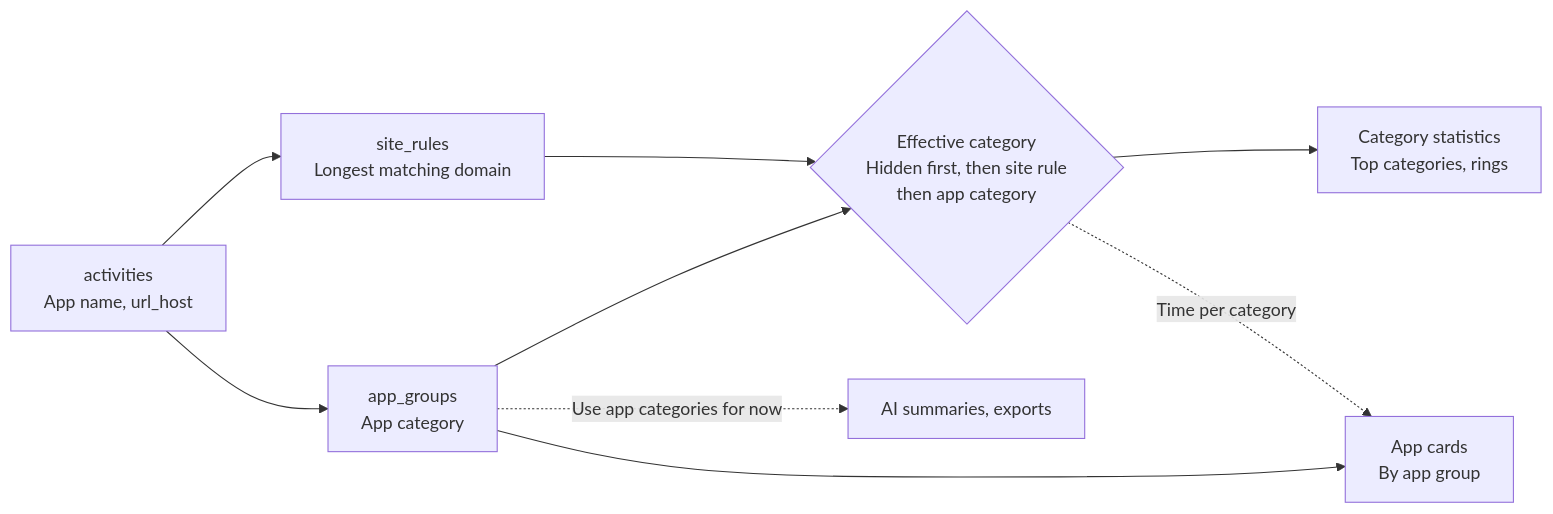
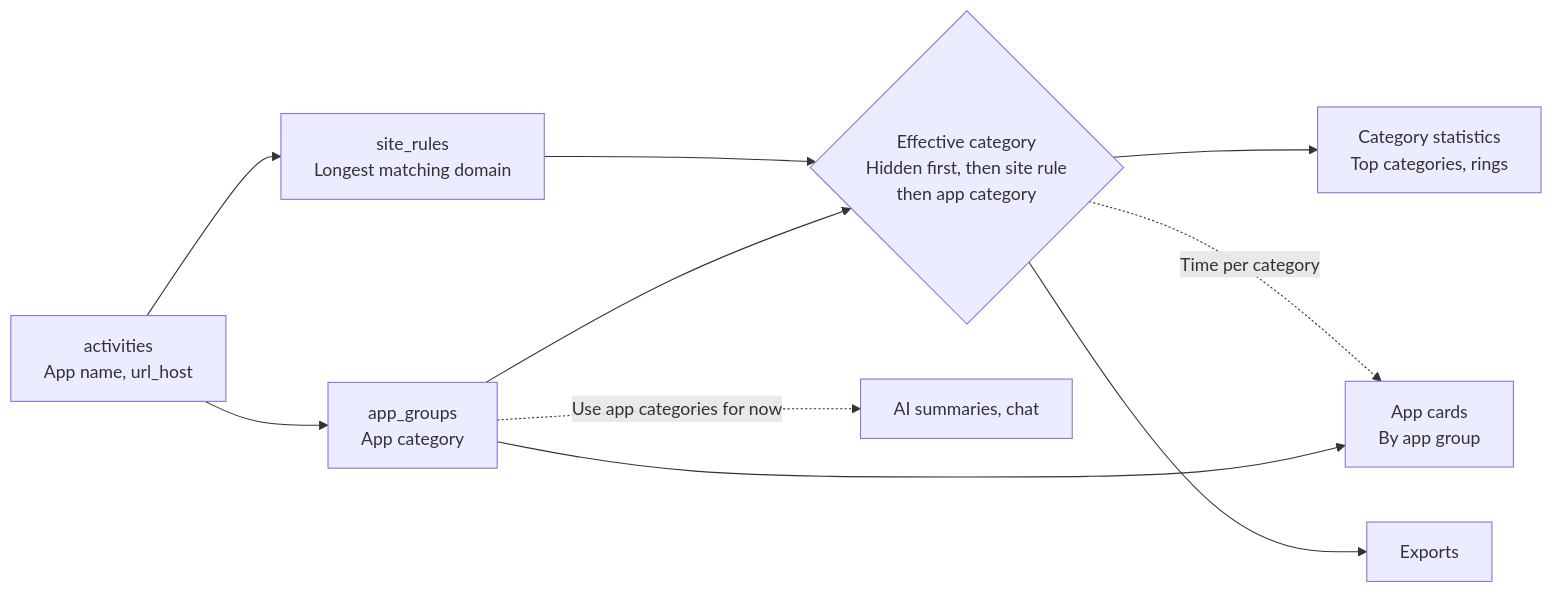
The first of 2 diagrams in docs/adr/0013-site-category-rules.md (Tomotsugu-dev/Hindsight), drawn with Mermaid before and after one commit. The commit also changed other lines of this file and 1 other file, not shown here.

First line of the commit message:
docs(adr): record that exports apply website rules in ADR-0013

````diff
--- a/docs/adr/0013-site-category-rules.md
+++ b/docs/adr/0013-site-category-rules.md
@@ -11,11 +11,12 @@
 ```mermaid
 flowchart LR
   A["activities<br/>App name, url_host"] --> G["app_groups<br/>App category"]
   A --> R["site_rules<br/>Longest matching domain"]
   G --> E{"Effective category<br/>Hidden first, then site rule<br/>then app category"}
   R --> E
   E --> S["Category statistics<br/>Top categories, rings"]
   G --> P["App cards<br/>By app group"]
+  E --> D["Exports"]
   E -. Time per category .-> P
-  G -. Use app categories for now .-> X["AI summaries, exports"]
+  G -. Use app categories for now .-> X["AI summaries, chat"]
 ```
````
